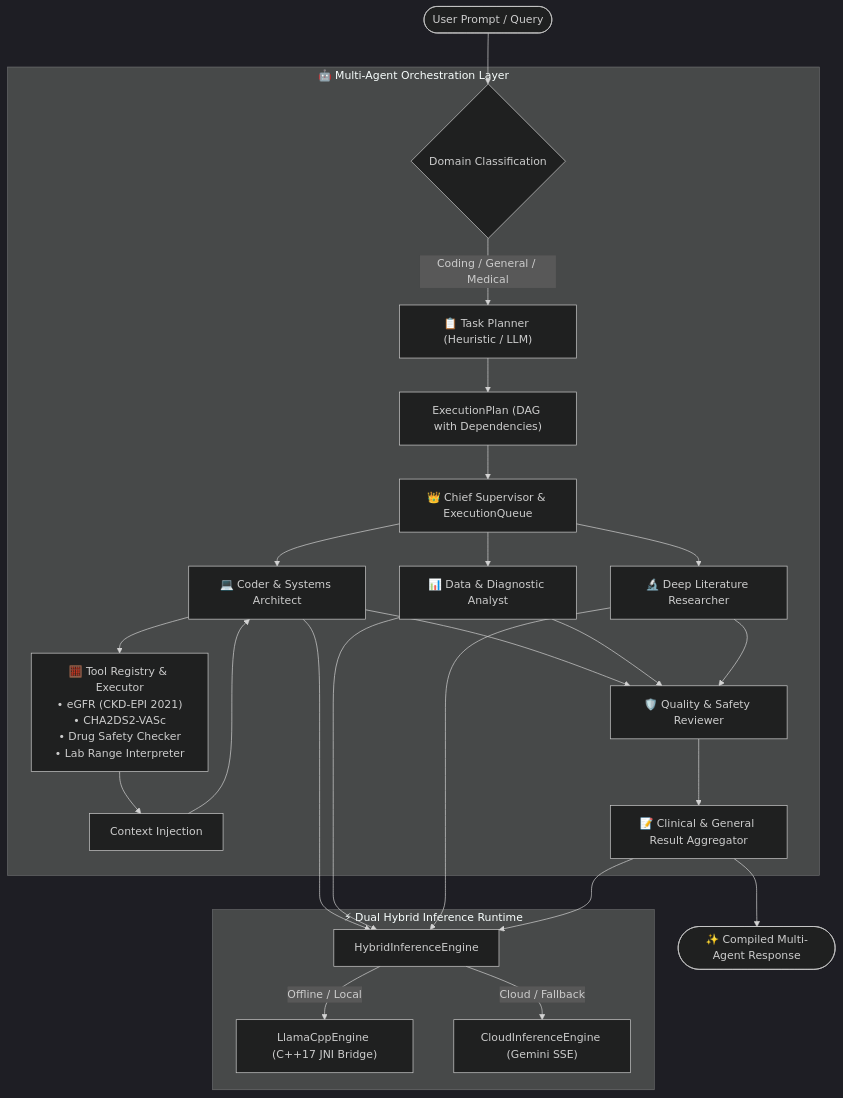
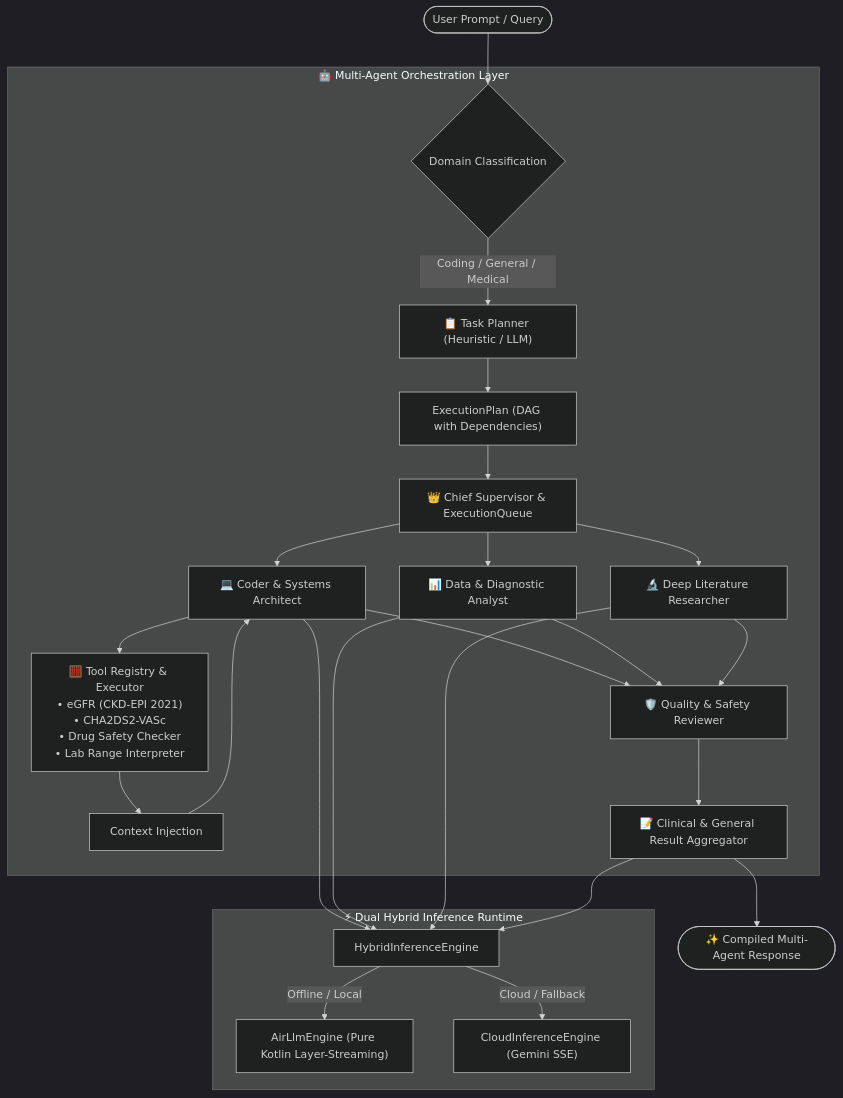
Before and after one commit to Sharmapank-j/agentX-suite: the diagram in README.md, drawn with Mermaid (dark theme). The commit also changed other lines of this file and 16 other files, not shown here.

Commit message:
feat(serve): implement on-device local model server engine (AirLLM), fix Android 14/15 crashes, and add live model testing dashboard

````diff
--- a/README.md
+++ b/README.md
@@ -57,32 +61,32 @@
 ```mermaid
 flowchart TD
     User([User Prompt / Query]) --> InputCheck{Domain Classification}
     
     subgraph MultiAgentEngine ["🤖 Multi-Agent Orchestration Layer"]
         InputCheck -->|Coding / General / Medical| Planner["📋 Task Planner (Heuristic / LLM)"]
         Planner --> Plan["ExecutionPlan (DAG with Dependencies)"]
         Plan --> Supervisor["👑 Chief Supervisor & ExecutionQueue"]
         
         Supervisor --> SpecialistCoder["💻 Coder & Systems Architect"]
         Supervisor --> SpecialistAnalyst["📊 Data & Diagnostic Analyst"]
         Supervisor --> SpecialistResearcher["🔬 Deep Literature Researcher"]
         
         SpecialistCoder --> Tools["🧮 Tool Registry & Executor\n• eGFR (CKD-EPI 2021)\n• CHA2DS2-VASc\n• Drug Safety Checker\n• Lab Range Interpreter"]
         Tools --> ToolResult["<tool_result> Context Injection"]
         ToolResult --> SpecialistCoder
         
         SpecialistCoder --> Reviewer["🛡️ Quality & Safety Reviewer"]
         SpecialistAnalyst --> Reviewer
         SpecialistResearcher --> Reviewer
         
         Reviewer --> Aggregator["📝 Clinical & General Result Aggregator"]
     end
 
     subgraph InferenceSubsystem ["⚡ Dual Hybrid Inference Runtime"]
         SpecialistCoder & SpecialistAnalyst & SpecialistResearcher & Aggregator --> HybridEngine["HybridInferenceEngine"]
-        HybridEngine -->|Offline / Local| LlamaEngine["LlamaCppEngine (C++17 JNI Bridge)"]
+        HybridEngine -->|Offline / Local| AirLlmEngine["AirLlmEngine (Pure Kotlin Layer-Streaming)"]
         HybridEngine -->|Cloud / Fallback| CloudEngine["CloudInferenceEngine (Gemini SSE)"]
     end
 
     Aggregator --> CompiledResponse([✨ Compiled Multi-Agent Response])
 ```
````
